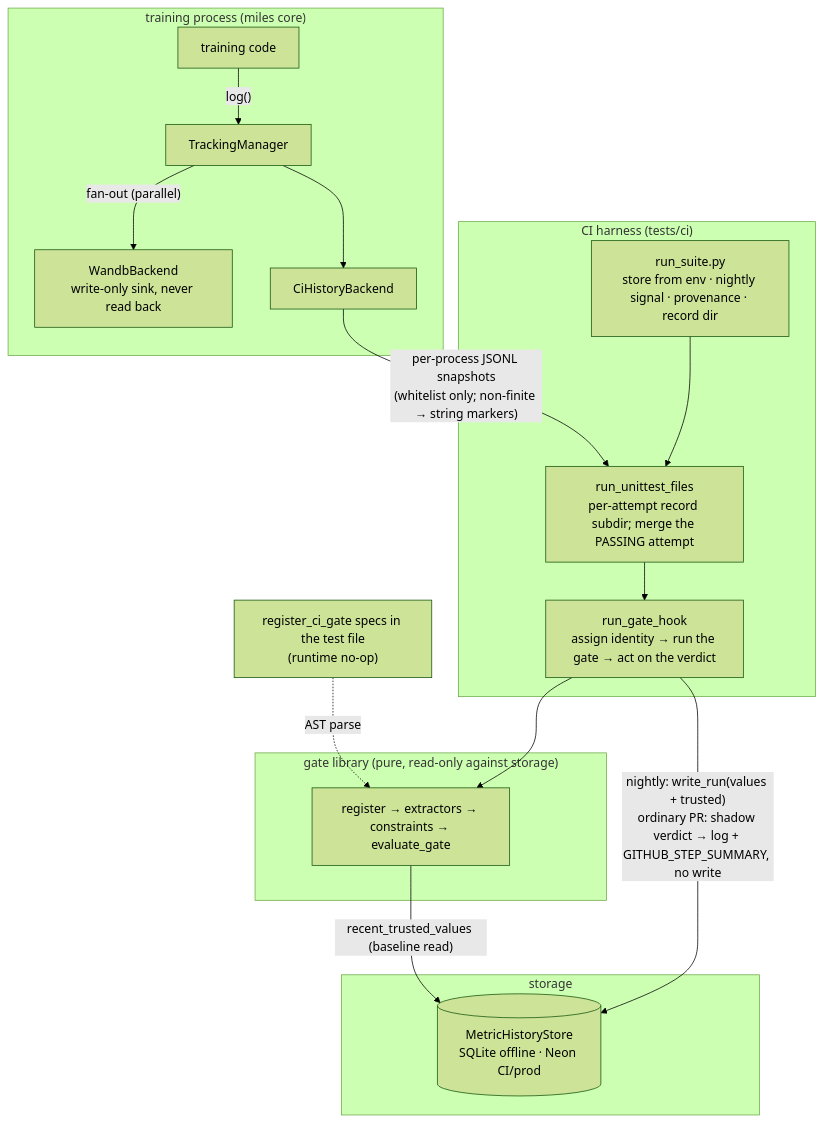
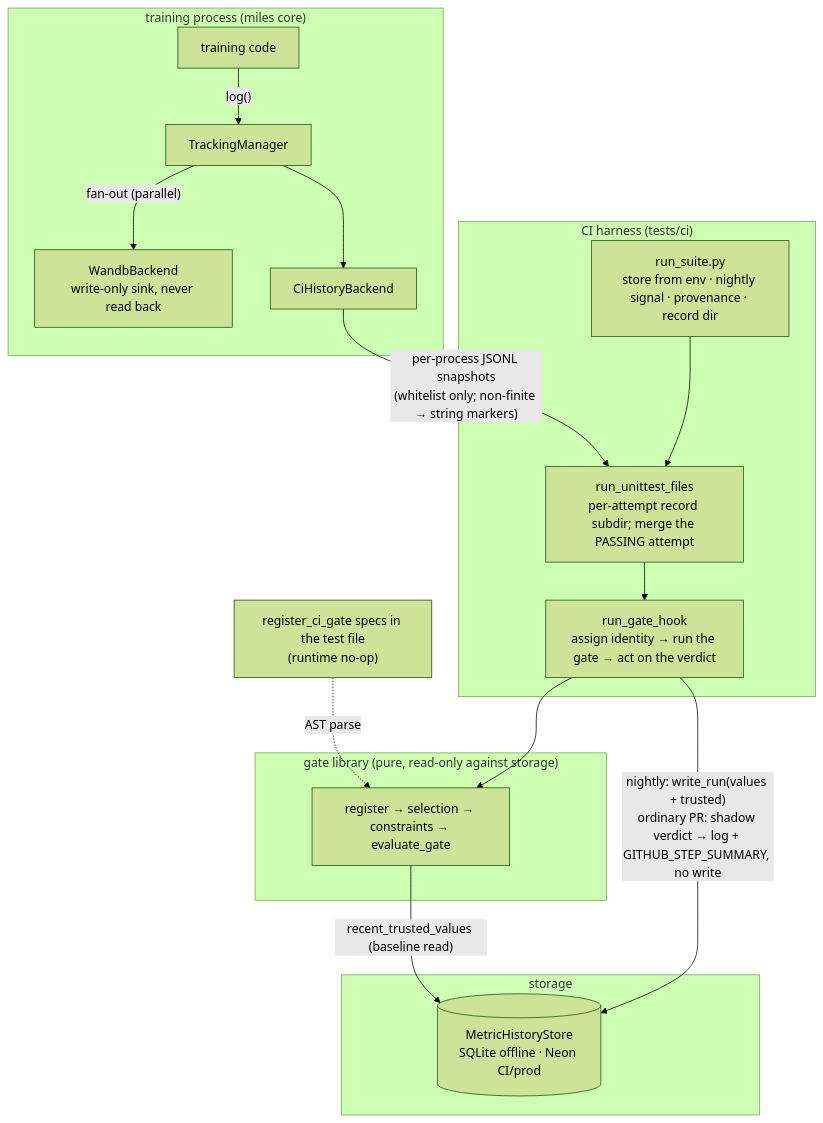
Before and after one commit to nick-rui/miles: the second of 2 diagrams in docs/ci/03-metric-history-gate.md, drawn with Mermaid (forest theme). The commit also changed other lines of this file and 3 other files, not shown here.

````diff
--- a/docs/ci/03-metric-history-gate.md
+++ b/docs/ci/03-metric-history-gate.md
@@ -187,23 +187,23 @@
 ```mermaid
 flowchart TD
     subgraph training_process["training process (miles core)"]
         training_code["training code"] -- "log()" --> tracking_manager["TrackingManager"]
         tracking_manager -- "fan-out (parallel)" --> wandb_backend["WandbBackend<br>write-only sink, never read back"]
         tracking_manager --> ci_history_backend["CiHistoryBackend"]
     end
     ci_history_backend -- "per-process JSONL snapshots<br>(whitelist only; non-finite → string markers)" --> run_unittest_files
     subgraph ci_harness["CI harness (tests/ci)"]
         run_suite["run_suite.py<br>store from env · nightly signal · provenance · record dir"] --> run_unittest_files["run_unittest_files<br>per-attempt record subdir; merge the PASSING attempt"]
         run_unittest_files --> run_gate_hook["run_gate_hook<br>assign identity → run the gate → act on the verdict"]
     end
     gate_specs["register_ci_gate specs in the test file<br>(runtime no-op)"] -. "AST parse" .-> evaluate_gate
     run_gate_hook --> evaluate_gate
     subgraph gate_library["gate library (pure, read-only against storage)"]
-        evaluate_gate["register → extractors → constraints → evaluate_gate"]
+        evaluate_gate["register → selection → constraints → evaluate_gate"]
     end
     evaluate_gate -- "recent_trusted_values (baseline read)" --> metric_store
     run_gate_hook -- "nightly: write_run(values + trusted)<br>ordinary PR: shadow verdict → log + GITHUB_STEP_SUMMARY, no write" --> metric_store
     subgraph storage
         metric_store[("MetricHistoryStore<br>SQLite offline · Neon CI/prod")]
     end
 ```
````
